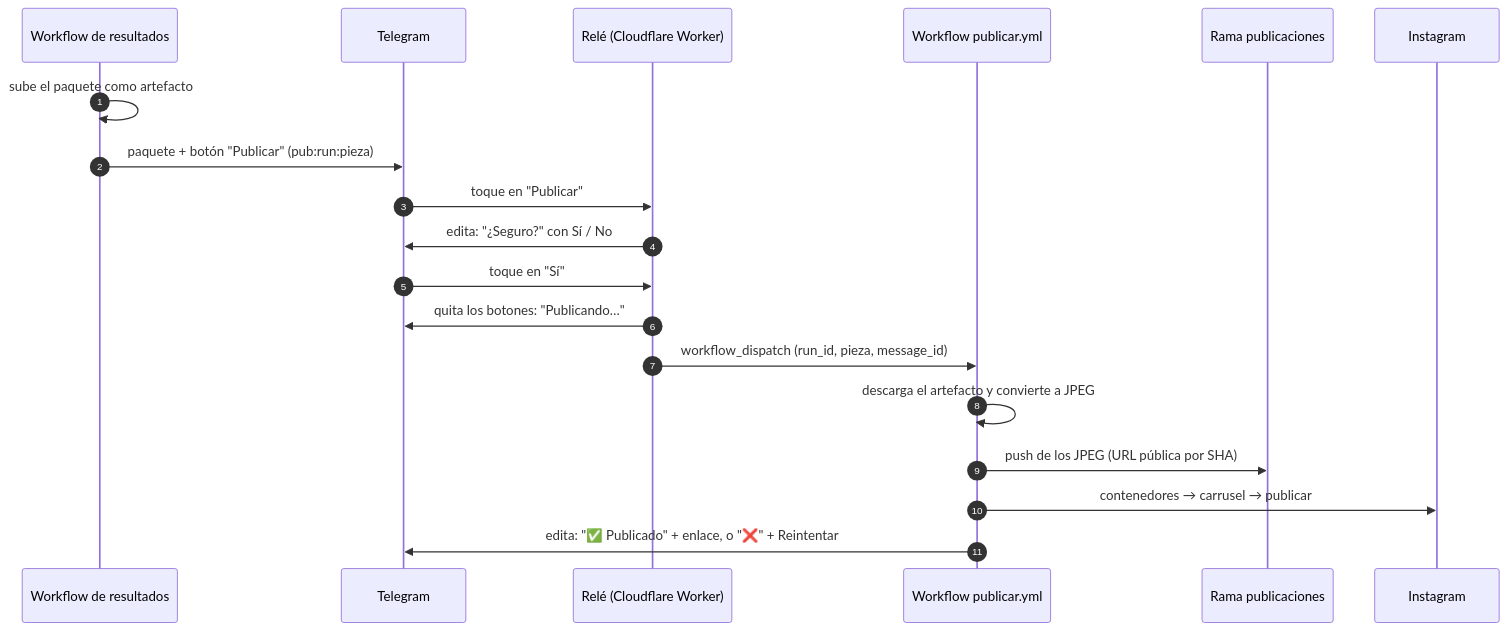
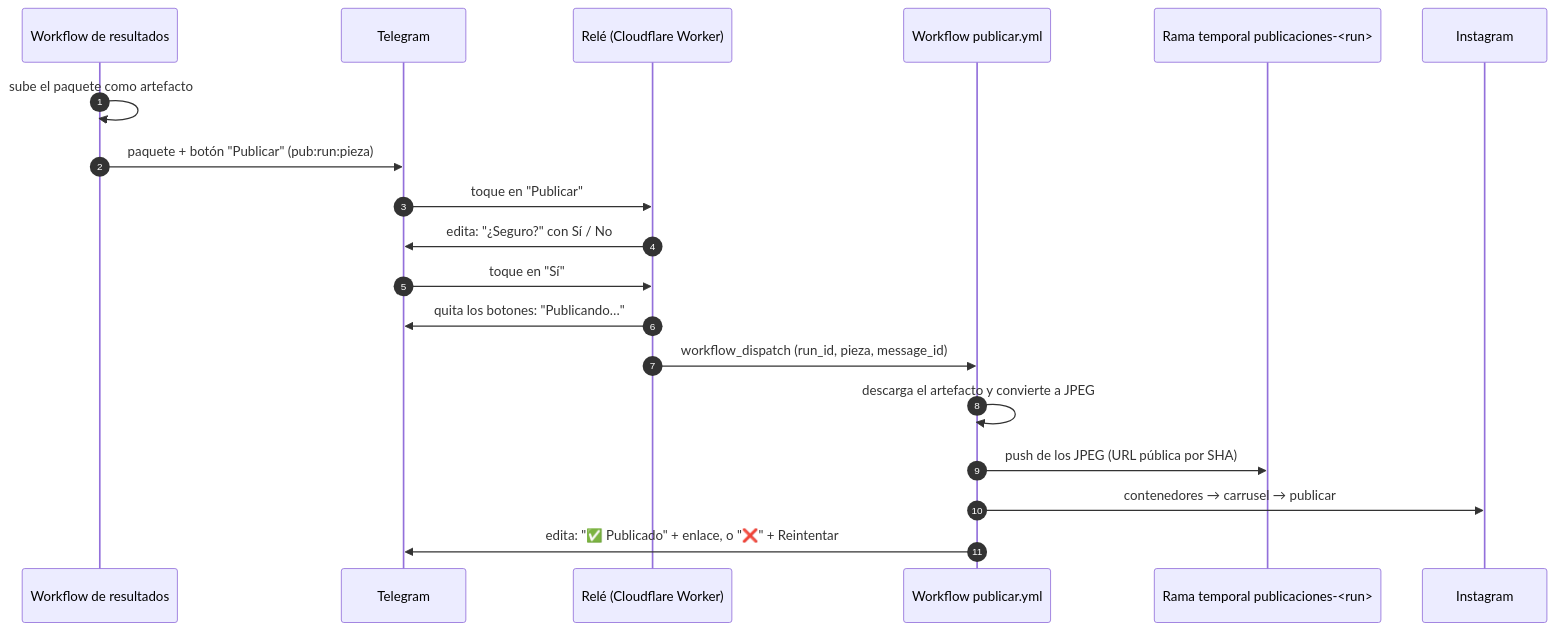
The diagram in docs/wiki/Publicacion-en-Instagram.md (nolotov/beisbol-para-todos), drawn with Mermaid before and after one commit. The commit also changed other lines of this file and 4 other files, not shown here.

````diff
--- a/docs/wiki/Publicacion-en-Instagram.md
+++ b/docs/wiki/Publicacion-en-Instagram.md
@@ -16,21 +16,21 @@
 ```mermaid
 sequenceDiagram
     autonumber
     participant R as Workflow de resultados
     participant T as Telegram
     participant W as Relé (Cloudflare Worker)
     participant P as Workflow publicar.yml
-    participant B as Rama publicaciones
+    participant B as Rama temporal publicaciones-<run>
     participant I as Instagram
     R->>R: sube el paquete como artefacto
     R->>T: paquete + botón "Publicar" (pub:run:pieza)
     T->>W: toque en "Publicar"
     W->>T: edita: "¿Seguro?" con Sí / No
     T->>W: toque en "Sí"
     W->>T: quita los botones: "Publicando…"
     W->>P: workflow_dispatch (run_id, pieza, message_id)
     P->>P: descarga el artefacto y convierte a JPEG
     P->>B: push de los JPEG (URL pública por SHA)
     P->>I: contenedores → carrusel → publicar
     P->>T: edita: "✅ Publicado" + enlace, o "❌" + Reintentar
 ```
````
